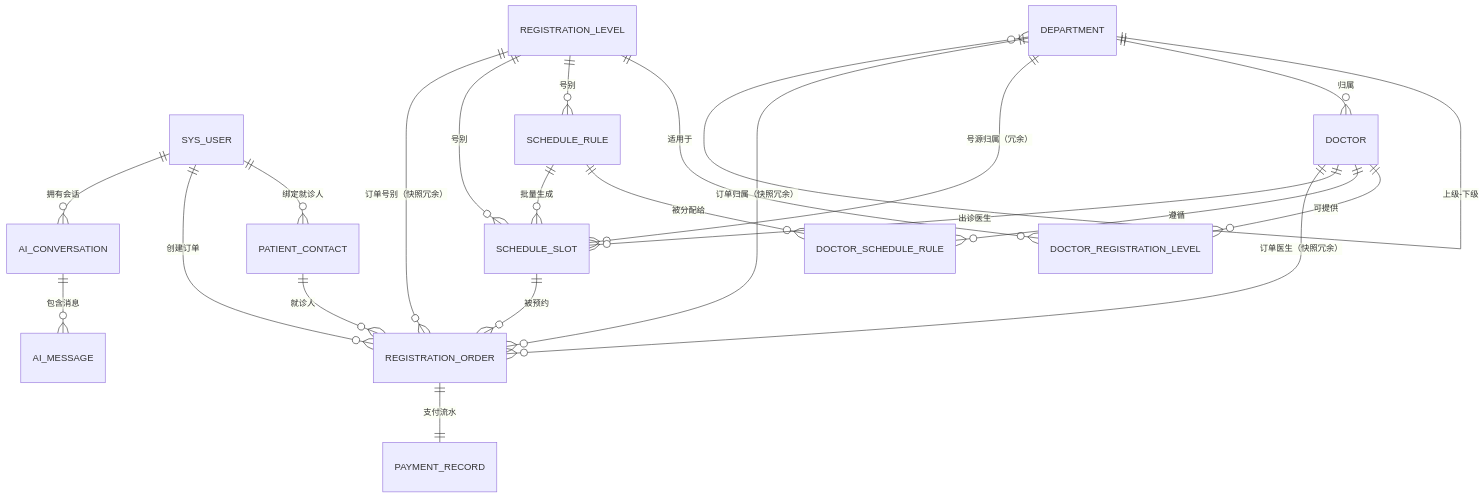
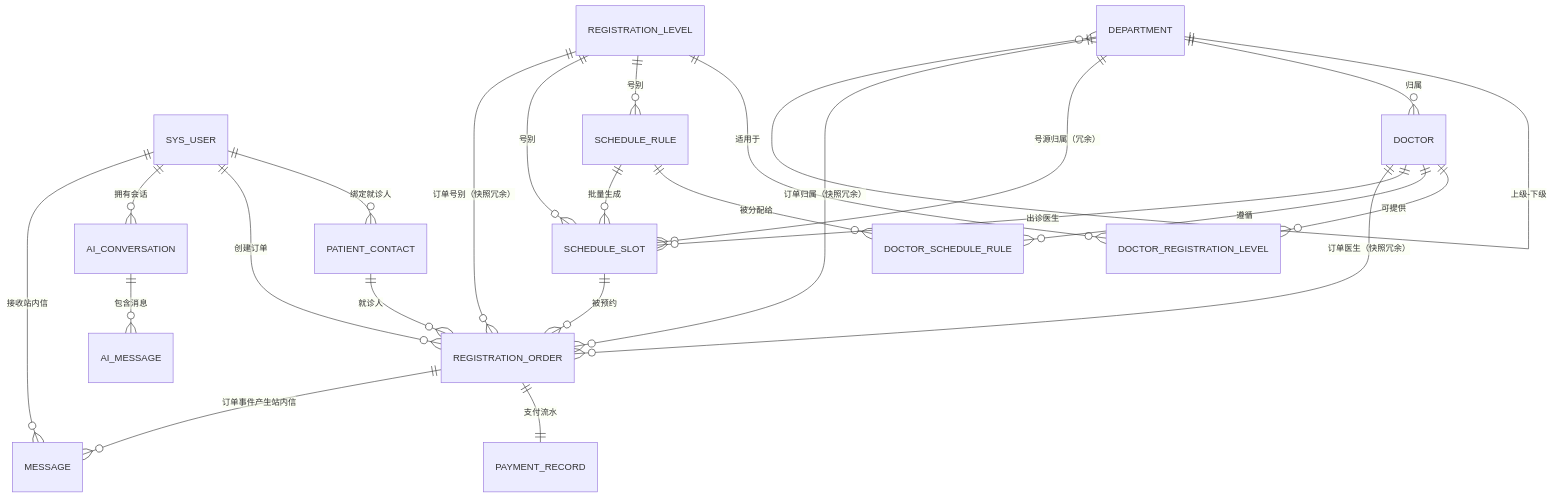
One commit to coming-star/Harmony_hospital changed the diagram in docs/02-数据设计文档.md. Above: the diagram before and after it, drawn with Mermaid. The commit also changed other lines of this file and 58 other files, not shown here.

````diff
--- a/docs/02-数据设计文档.md
+++ b/docs/02-数据设计文档.md
@@ -34,30 +34,32 @@
 ```mermaid
 erDiagram
     SYS_USER ||--o{ PATIENT_CONTACT : "绑定就诊人"
     SYS_USER ||--o{ REGISTRATION_ORDER : "创建订单"
     SYS_USER ||--o{ AI_CONVERSATION : "拥有会话"
+    SYS_USER ||--o{ MESSAGE : "接收站内信"
 
     DEPARTMENT ||--o{ DEPARTMENT : "上级-下级"
     DEPARTMENT ||--o{ DOCTOR : "归属"
     DEPARTMENT ||--o{ SCHEDULE_SLOT : "号源归属（冗余）"
     DEPARTMENT ||--o{ REGISTRATION_ORDER : "订单归属（快照冗余）"
 
     DOCTOR ||--o{ DOCTOR_REGISTRATION_LEVEL : "可提供"
     REGISTRATION_LEVEL ||--o{ DOCTOR_REGISTRATION_LEVEL : "适用于"
 
     REGISTRATION_LEVEL ||--o{ SCHEDULE_RULE : "号别"
     DOCTOR ||--o{ DOCTOR_SCHEDULE_RULE : "遵循"
     SCHEDULE_RULE ||--o{ DOCTOR_SCHEDULE_RULE : "被分配给"
     SCHEDULE_RULE ||--o{ SCHEDULE_SLOT : "批量生成"
 
     DOCTOR ||--o{ SCHEDULE_SLOT : "出诊医生"
     DOCTOR ||--o{ REGISTRATION_ORDER : "订单医生（快照冗余）"
     SCHEDULE_SLOT ||--o{ REGISTRATION_ORDER : "被预约"
     PATIENT_CONTACT ||--o{ REGISTRATION_ORDER : "就诊人"
     REGISTRATION_LEVEL ||--o{ SCHEDULE_SLOT : "号别"
     REGISTRATION_LEVEL ||--o{ REGISTRATION_ORDER : "订单号别（快照冗余）"
 
     REGISTRATION_ORDER ||--|| PAYMENT_RECORD : "支付流水"
 
     AI_CONVERSATION ||--o{ AI_MESSAGE : "包含消息"
+    REGISTRATION_ORDER ||--o{ MESSAGE : "订单事件产生站内信"
 ```
````
